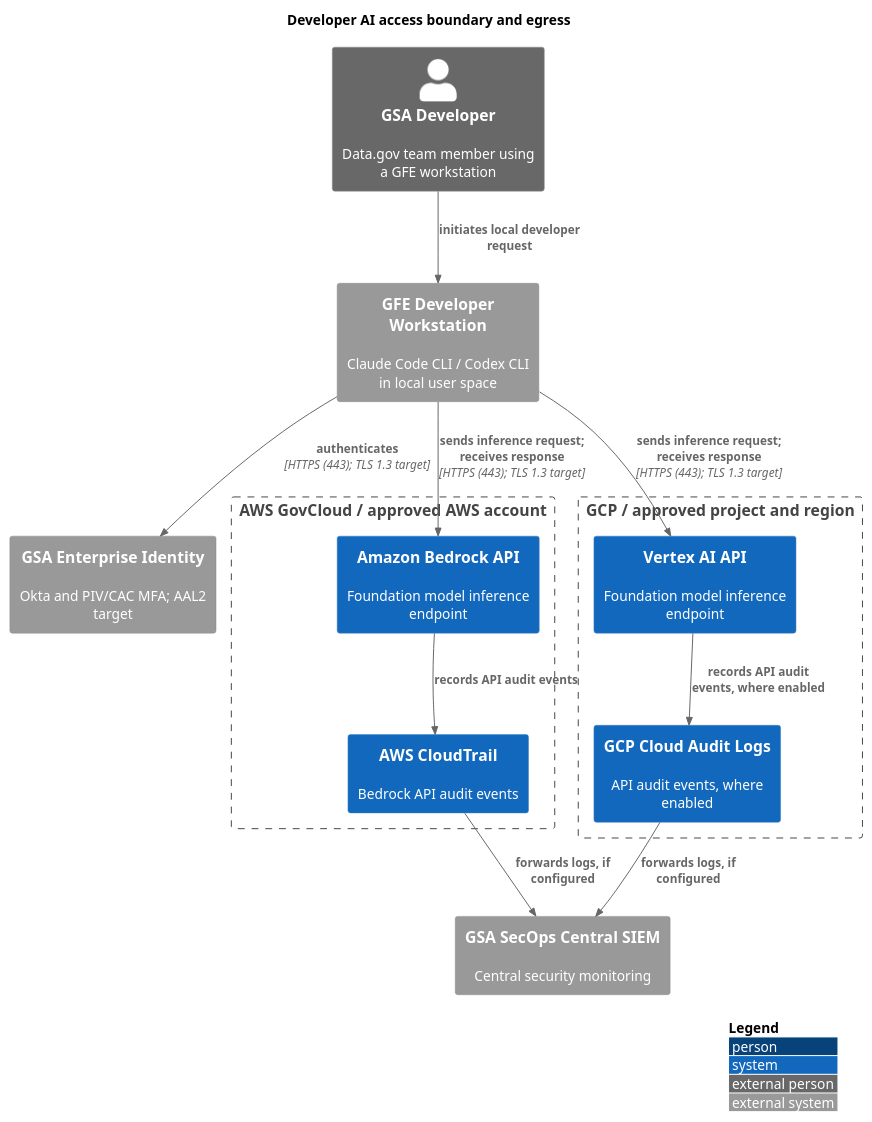
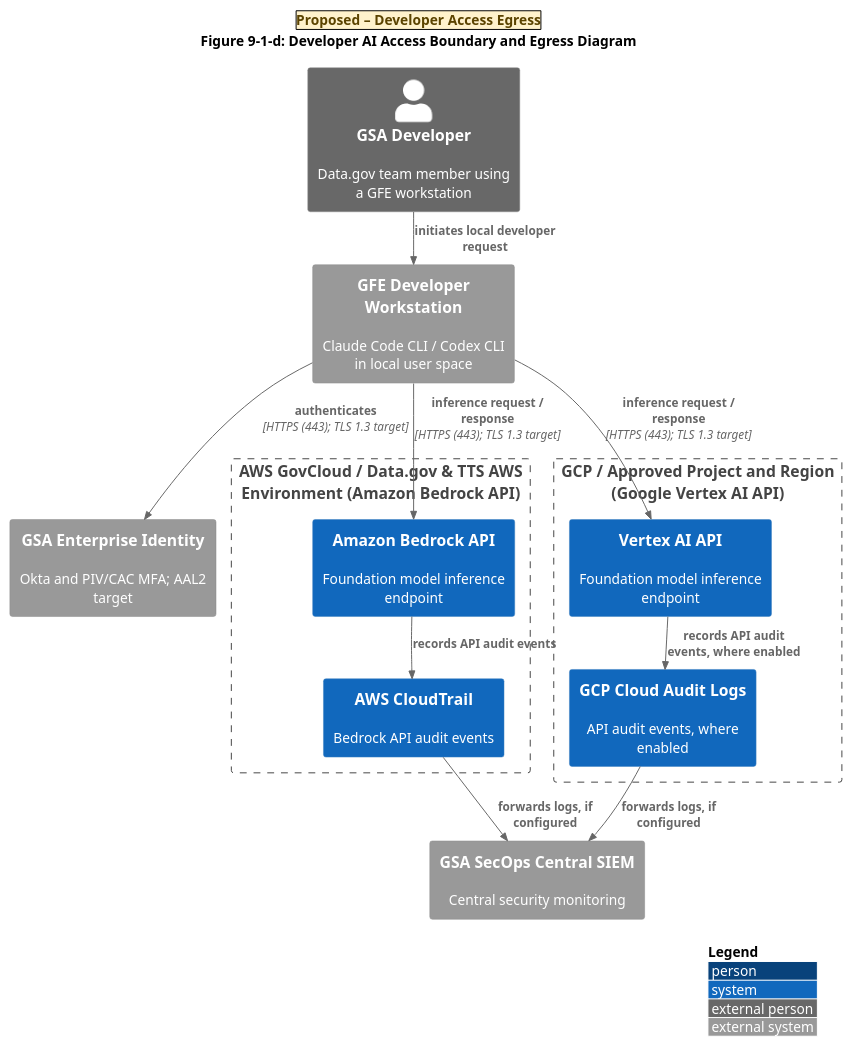
One commit to GSA/datagov-compliance changed the diagram in generic/developer-ai-boundary.md. Above: the diagram before and after it, drawn with PlantUML. The commit also changed other lines of this file and 2 other files, not shown here.

Commit message:
edit section 9

````diff
--- a/generic/developer-ai-boundary.md
+++ b/generic/developer-ai-boundary.md
@@ -14,31 +16,36 @@
 ```plantuml
 @startuml
 !include https://raw.githubusercontent.com/plantuml-stdlib/C4-PlantUML/master/C4_Context.puml
 LAYOUT_WITH_LEGEND()
-title Developer AI access boundary and egress
+skinparam nodesep 20
+skinparam ranksep 20
+title
+|<#FFF2CC><color:#5B4300><b>Proposed &#8211; Developer Access Egress</b></color>|
+Figure 9-1-d: Developer AI Access Boundary and Egress Diagram
+end title
 
 Person_Ext(developer, "GSA Developer", "Data.gov team member using a GFE workstation")
 System_Ext(gfe, "GFE Developer Workstation", "Claude Code CLI / Codex CLI in local user space")
 System_Ext(idp, "GSA Enterprise Identity", "Okta and PIV/CAC MFA; AAL2 target")
 
-Boundary(aws, "AWS GovCloud / approved AWS account") {
+Boundary(aws, "AWS GovCloud / Data.gov & TTS AWS\nEnvironment (Amazon Bedrock API)") {
     System(bedrock, "Amazon Bedrock API", "Foundation model inference endpoint")
     System(cloudtrail, "AWS CloudTrail", "Bedrock API audit events")
 }
-Boundary(gcp, "GCP / approved project and region") {
+Boundary(gcp, "GCP / Approved Project and Region\n(Google Vertex AI API)") {
     System(vertex, "Vertex AI API", "Foundation model inference endpoint")
     System(gcp_logs, "GCP Cloud Audit Logs", "API audit events, where enabled")
 }
 System_Ext(siem, "GSA SecOps Central SIEM", "Central security monitoring")
 
 Rel(developer, gfe, "initiates local developer request")
 Rel(gfe, idp, "authenticates", "HTTPS (443); TLS 1.3 target")
-Rel(gfe, bedrock, "sends inference request; receives response", "HTTPS (443); TLS 1.3 target")
-Rel(gfe, vertex, "sends inference request; receives response", "HTTPS (443); TLS 1.3 target")
+Rel(gfe, bedrock, "inference request / response", "HTTPS (443); TLS 1.3 target")
+Rel(gfe, vertex, "inference request / response", "HTTPS (443); TLS 1.3 target")
 Rel(bedrock, cloudtrail, "records API audit events")
 Rel(vertex, gcp_logs, "records API audit events, where enabled")
 Rel(cloudtrail, siem, "forwards logs, if configured")
 Rel(gcp_logs, siem, "forwards logs, if configured")
 
 @enduml
 ```
````
